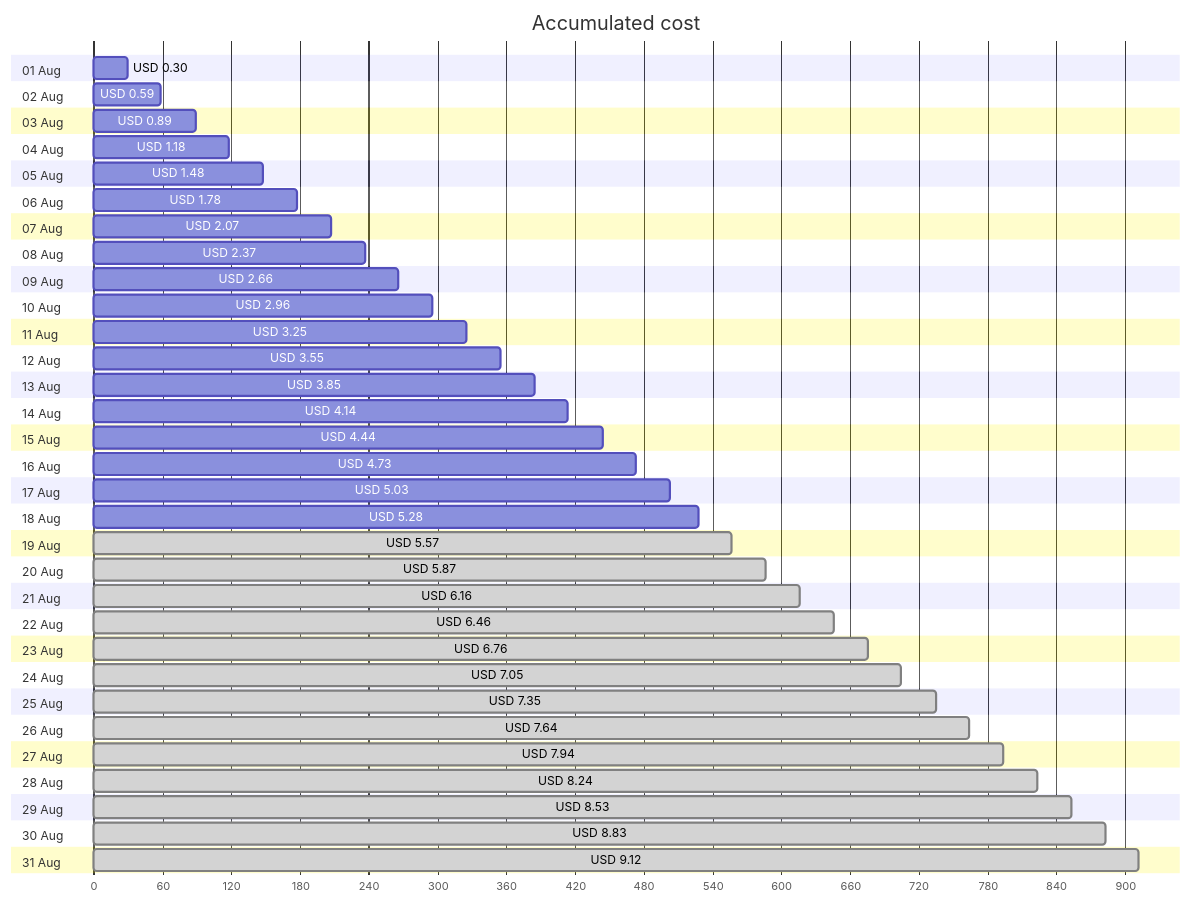
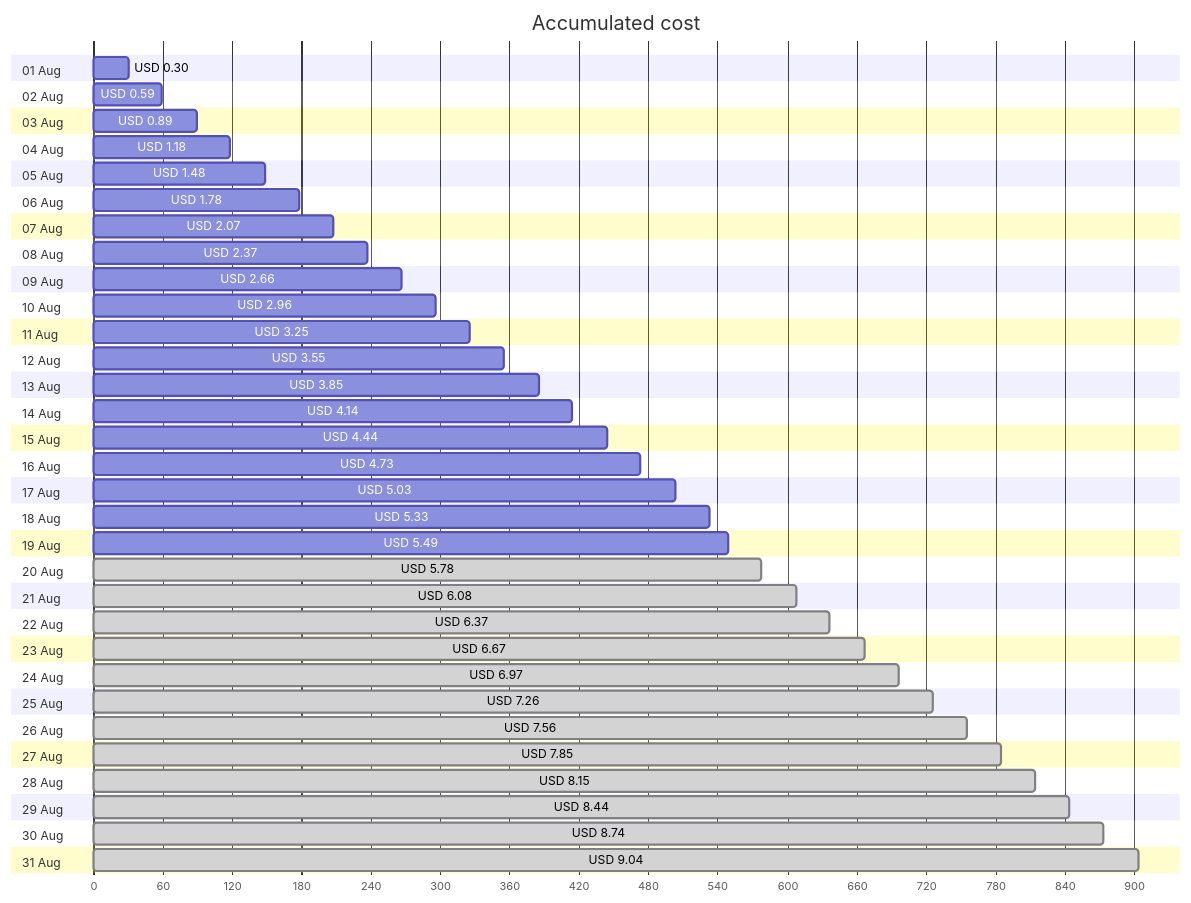
One commit to jpfulton/azure-personal-reports changed the first of 4 diagrams in cost-reports/personal-site/personal-site.md. Above: the diagram before and after it, drawn with Mermaid. The commit also changed other lines of this file and 6 other files, not shown here.

````diff
--- a/cost-reports/personal-site/personal-site.md
+++ b/cost-reports/personal-site/personal-site.md
@@ -20,68 +20,68 @@
 ```mermaid
 gantt
    title Accumulated cost
    dateFormat  X
    axisFormat %s
    section 01 Aug
    USD 0.30 :0, 30
    section 02 Aug
    USD 0.59 :0, 59
    section 03 Aug
    USD 0.89 :0, 89
    section 04 Aug
    USD 1.18 :0, 118
    section 05 Aug
    USD 1.48 :0, 148
    section 06 Aug
    USD 1.78 :0, 178
    section 07 Aug
    USD 2.07 :0, 207
    section 08 Aug
    USD 2.37 :0, 237
    section 09 Aug
    USD 2.66 :0, 266
    section 10 Aug
    USD 2.96 :0, 296
    section 11 Aug
    USD 3.25 :0, 325
    section 12 Aug
    USD 3.55 :0, 355
    section 13 Aug
    USD 3.85 :0, 385
    section 14 Aug
    USD 4.14 :0, 414
    section 15 Aug
    USD 4.44 :0, 444
    section 16 Aug
    USD 4.73 :0, 473
    section 17 Aug
    USD 5.03 :0, 503
    section 18 Aug
-   USD 5.28 :0, 528
+   USD 5.33 :0, 533
    section 19 Aug
-   USD 5.57 : done, 0, 557
+   USD 5.49 :0, 549
    section 20 Aug
-   USD 5.87 : done, 0, 587
+   USD 5.78 : done, 0, 578
    section 21 Aug
-   USD 6.16 : done, 0, 616
+   USD 6.08 : done, 0, 608
    section 22 Aug
-   USD 6.46 : done, 0, 646
+   USD 6.37 : done, 0, 637
    section 23 Aug
-   USD 6.76 : done, 0, 676
+   USD 6.67 : done, 0, 667
    section 24 Aug
-   USD 7.05 : done, 0, 705
+   USD 6.97 : done, 0, 697
    section 25 Aug
-   USD 7.35 : done, 0, 735
+   USD 7.26 : done, 0, 726
    section 26 Aug
-   USD 7.64 : done, 0, 764
+   USD 7.56 : done, 0, 756
    section 27 Aug
-   USD 7.94 : done, 0, 794
+   USD 7.85 : done, 0, 785
    section 28 Aug
-   USD 8.24 : done, 0, 824
+   USD 8.15 : done, 0, 815
    section 29 Aug
-   USD 8.53 : done, 0, 853
+   USD 8.44 : done, 0, 844
    section 30 Aug
-   USD 8.83 : done, 0, 883
+   USD 8.74 : done, 0, 874
    section 31 Aug
-   USD 9.12 : done, 0, 912
+   USD 9.04 : done, 0, 904
 ```
````
